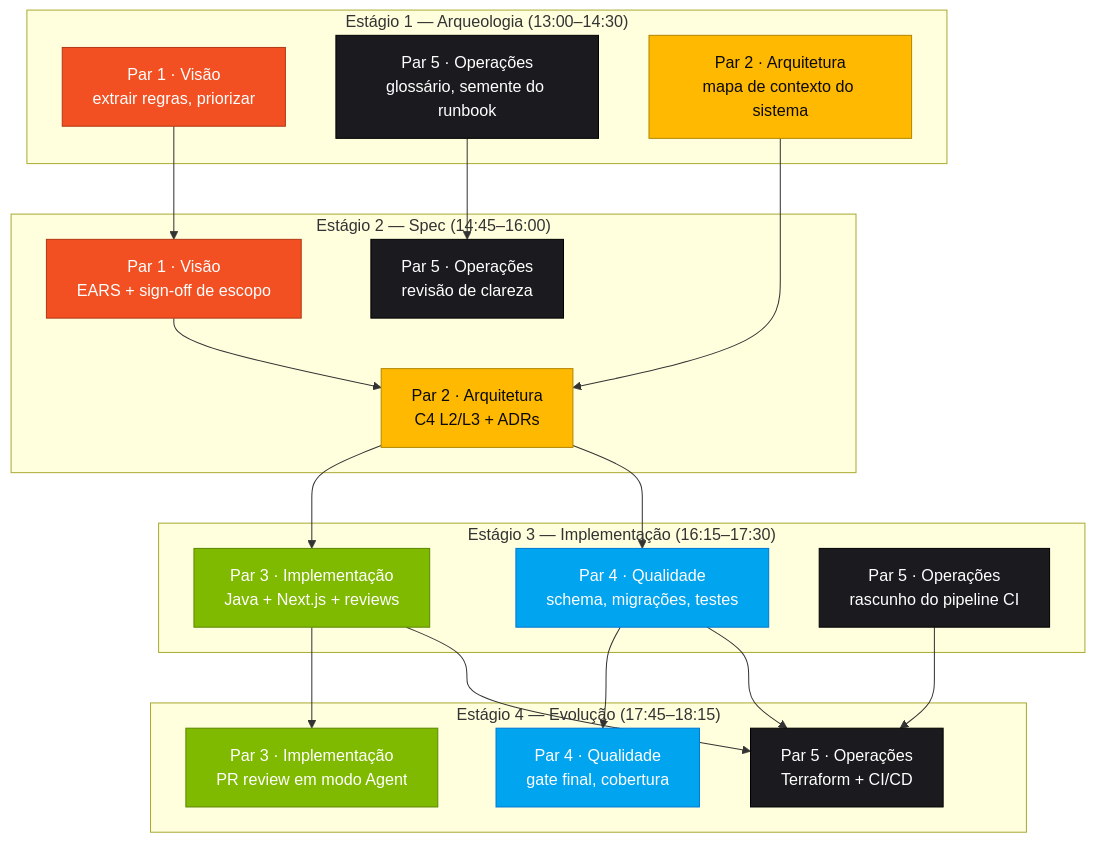
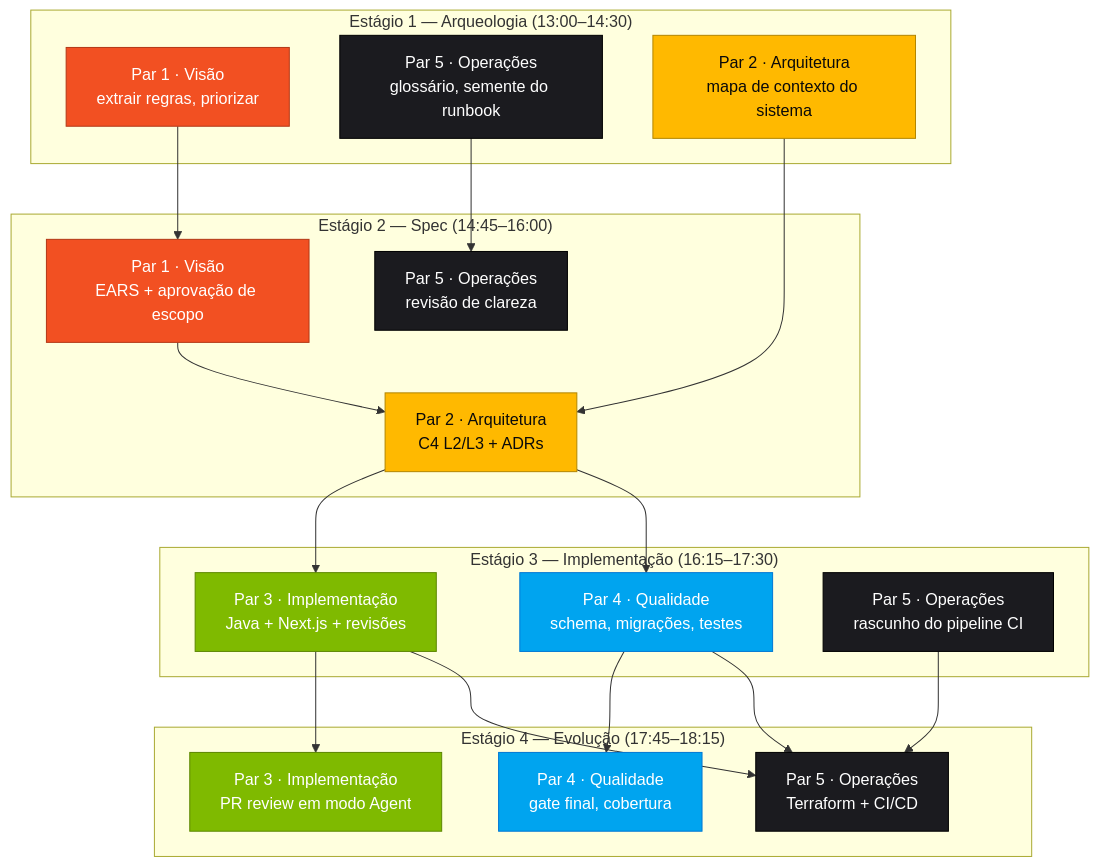
The second of 2 diagrams in pt-br/TEAM-FLOW.md (paulasilvatech/hackathon-datacorp-team-kit), drawn with Mermaid before and after one commit. The commit also changed other lines of this file and 172 other files, not shown here.

````diff
--- a/pt-br/TEAM-FLOW.md
+++ b/pt-br/TEAM-FLOW.md
@@ -121,46 +121,46 @@
 ```mermaid
 flowchart TD
  classDef vision fill:#F25022,stroke:#B33816,color:#fff
  classDef arch fill:#FFB900,stroke:#B38600,color:#0A0A0A
  classDef impl fill:#7FBA00,stroke:#5C8700,color:#fff
  classDef qual fill:#00A4EF,stroke:#0078D4,color:#fff
  classDef ops fill:#1B1B1F,stroke:#000,color:#fff
 
  subgraph S1["Estágio 1 — Arqueologia (13:00–14:30)"]
  P1A[Par 1 · Visão<br/>extrair regras, priorizar]:::vision
  P5A[Par 5 · Operações<br/>glossário, semente do runbook]:::ops
  P2A[Par 2 · Arquitetura<br/>mapa de contexto do sistema]:::arch
  end
 
  subgraph S2["Estágio 2 — Spec (14:45–16:00)"]
- P1B[Par 1 · Visão<br/>EARS + sign-off de escopo]:::vision
+ P1B[Par 1 · Visão<br/>EARS + aprovação de escopo]:::vision
  P2B[Par 2 · Arquitetura<br/>C4 L2/L3 + ADRs]:::arch
  P5B[Par 5 · Operações<br/>revisão de clareza]:::ops
  end
 
  subgraph S3["Estágio 3 — Implementação (16:15–17:30)"]
- P3A[Par 3 · Implementação<br/>Java + Next.js + reviews]:::impl
+ P3A[Par 3 · Implementação<br/>Java + Next.js + revisões]:::impl
  P4A[Par 4 · Qualidade<br/>schema, migrações, testes]:::qual
  P5C[Par 5 · Operações<br/>rascunho do pipeline CI]:::ops
  end
 
  subgraph S4["Estágio 4 — Evolução (17:45–18:15)"]
  P5D[Par 5 · Operações<br/>Terraform + CI/CD]:::ops
  P3B[Par 3 · Implementação<br/>PR review em modo Agent]:::impl
  P4B[Par 4 · Qualidade<br/>gate final, cobertura]:::qual
  end
 
  P1A --> P1B
  P5A --> P5B
  P2A --> P2B
 
  P1B --> P2B
  P2B --> P3A
  P2B --> P4A
 
  P3A --> P3B
  P4A --> P4B
  P3A --> P5D
  P4A --> P5D
  P5C --> P5D
 ```
````
